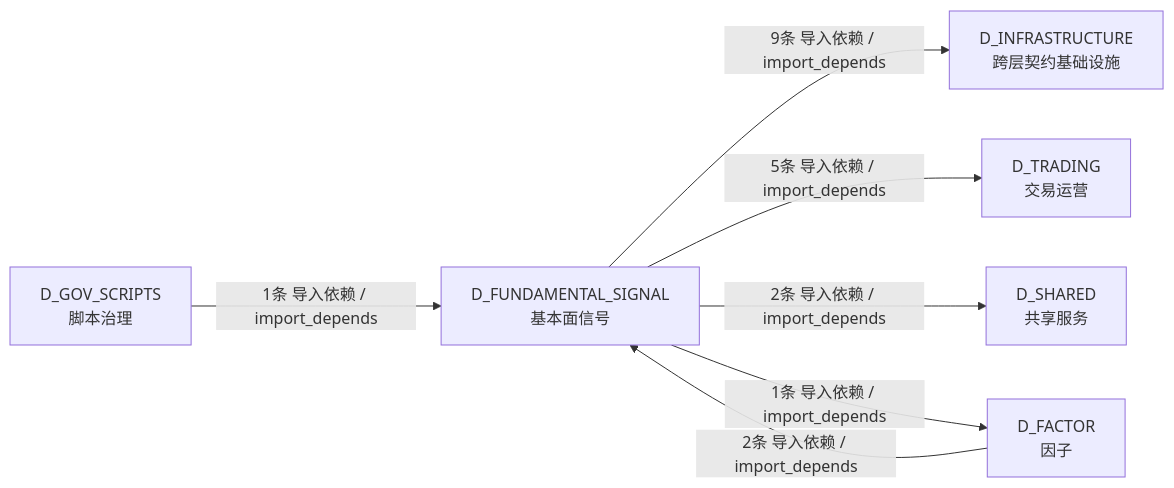
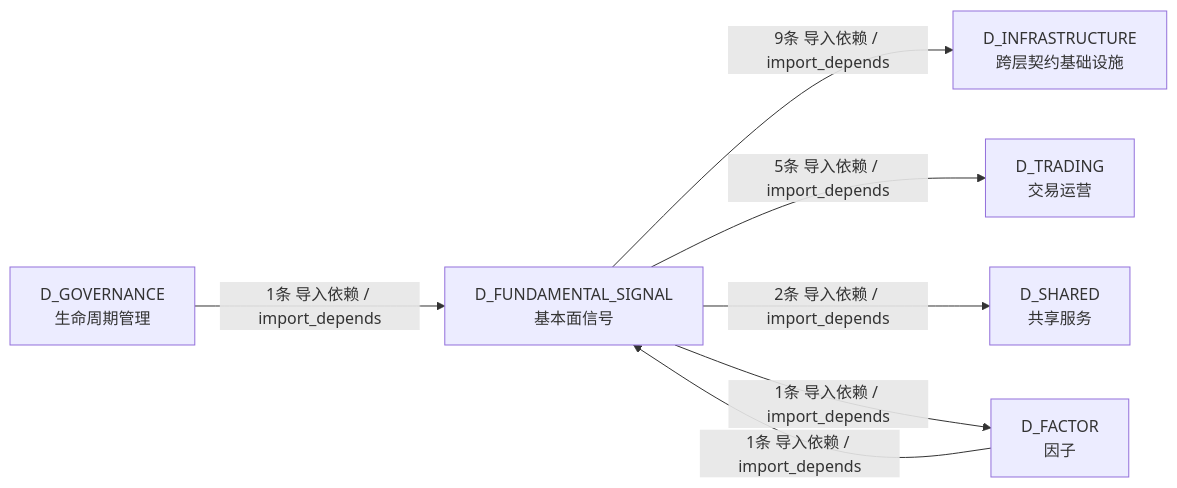
The third of 3 diagrams in docs/02_enterprise_architecture/02_domain_architecture_docs/48_d_fundamental_signal.md (xuanFelixVan/ZephyrAlpha), drawn with Mermaid before and after one commit. The commit also changed other lines of this file and 79 other files, not shown here.

````diff
--- a/docs/02_enterprise_architecture/02_domain_architecture_docs/48_d_fundamental_signal.md
+++ b/docs/02_enterprise_architecture/02_domain_architecture_docs/48_d_fundamental_signal.md
@@ -218,15 +215,15 @@
 ```mermaid
 graph LR
     D_FUNDAMENTAL_SIGNAL["D_FUNDAMENTAL_SIGNAL<br/>基本面信号"]
     D_INFRASTRUCTURE["D_INFRASTRUCTURE<br/>跨层契约基础设施"]
     D_TRADING["D_TRADING<br/>交易运营"]
     D_SHARED["D_SHARED<br/>共享服务"]
     D_FACTOR["D_FACTOR<br/>因子"]
-    D_GOV_SCRIPTS["D_GOV_SCRIPTS<br/>脚本治理"]
+    D_GOVERNANCE["D_GOVERNANCE<br/>生命周期管理"]
     D_FUNDAMENTAL_SIGNAL -->|9条 导入依赖 / import_depends| D_INFRASTRUCTURE
     D_FUNDAMENTAL_SIGNAL -->|5条 导入依赖 / import_depends| D_TRADING
     D_FUNDAMENTAL_SIGNAL -->|2条 导入依赖 / import_depends| D_SHARED
     D_FUNDAMENTAL_SIGNAL -->|1条 导入依赖 / import_depends| D_FACTOR
-    D_FACTOR -->|2条 导入依赖 / import_depends| D_FUNDAMENTAL_SIGNAL
-    D_GOV_SCRIPTS -->|1条 导入依赖 / import_depends| D_FUNDAMENTAL_SIGNAL
+    D_FACTOR -->|1条 导入依赖 / import_depends| D_FUNDAMENTAL_SIGNAL
+    D_GOVERNANCE -->|1条 导入依赖 / import_depends| D_FUNDAMENTAL_SIGNAL
 ```
````
